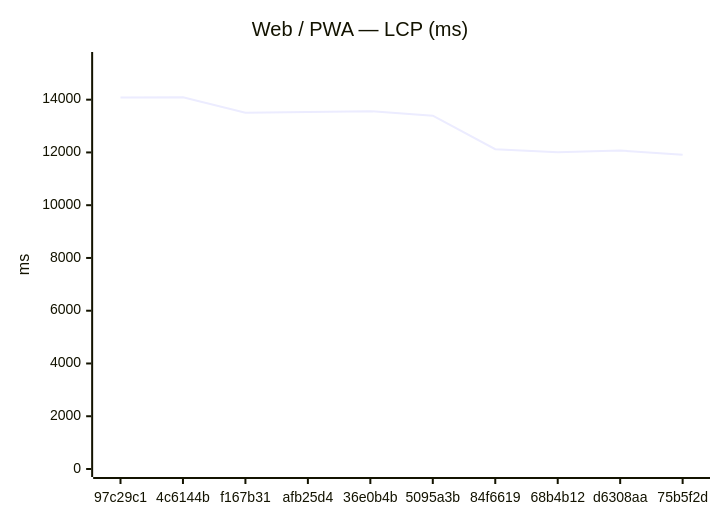
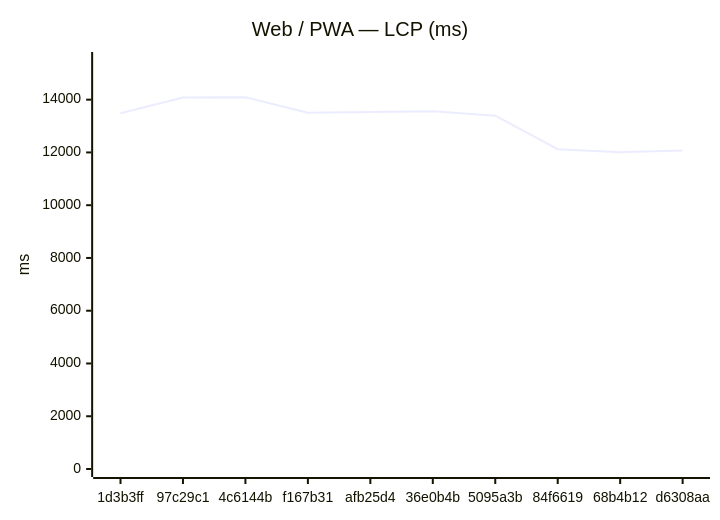
The first of 18 diagrams in benchmarks/compare.md (Metaheurist/Rianell), drawn with Mermaid before and after one commit. The commit also changed other lines of this file and 11 other files, not shown here.

````diff
--- a/benchmarks/compare.md
+++ b/benchmarks/compare.md
@@ -24,7 +24,7 @@
 ```mermaid
 xychart-beta
     title "Web / PWA — LCP (ms)"
-    x-axis ["97c29c1", "4c6144b", "f167b31", "afb25d4", "36e0b4b", "5095a3b", "84f6619", "68b4b12", "d6308aa", "75b5f2d"]
+    x-axis ["1d3b3ff", "97c29c1", "4c6144b", "f167b31", "afb25d4", "36e0b4b", "5095a3b", "84f6619", "68b4b12", "d6308aa"]
     y-axis "ms" 0 --> 15504
-    line [14084, 14094, 13501, 13531, 13563, 13394, 12124, 12007, 12072, 11911]
+    line [13484, 14084, 14094, 13501, 13531, 13563, 13394, 12124, 12007, 12072]
 ```
````
